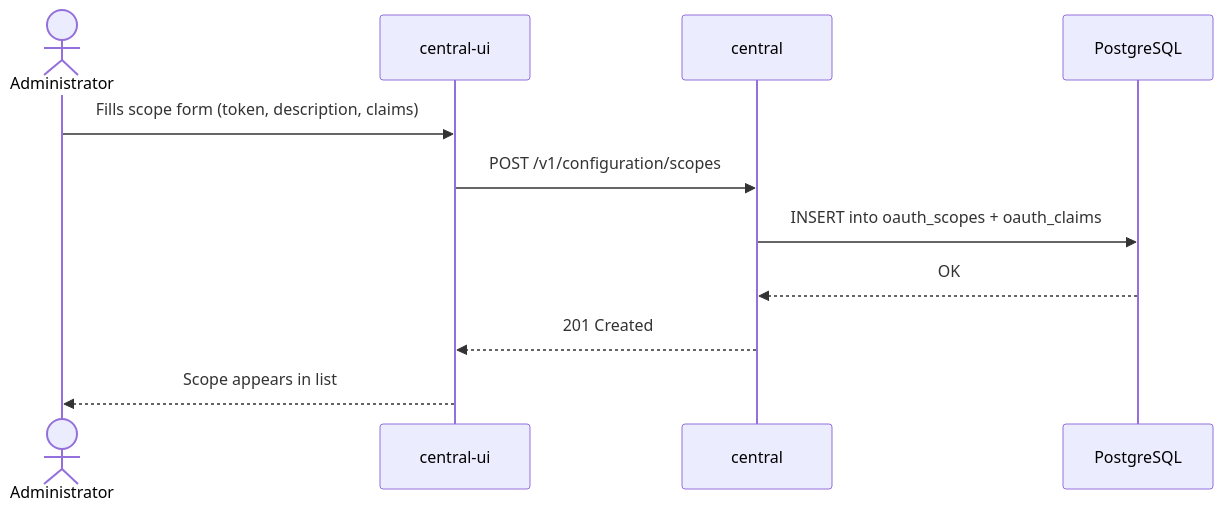
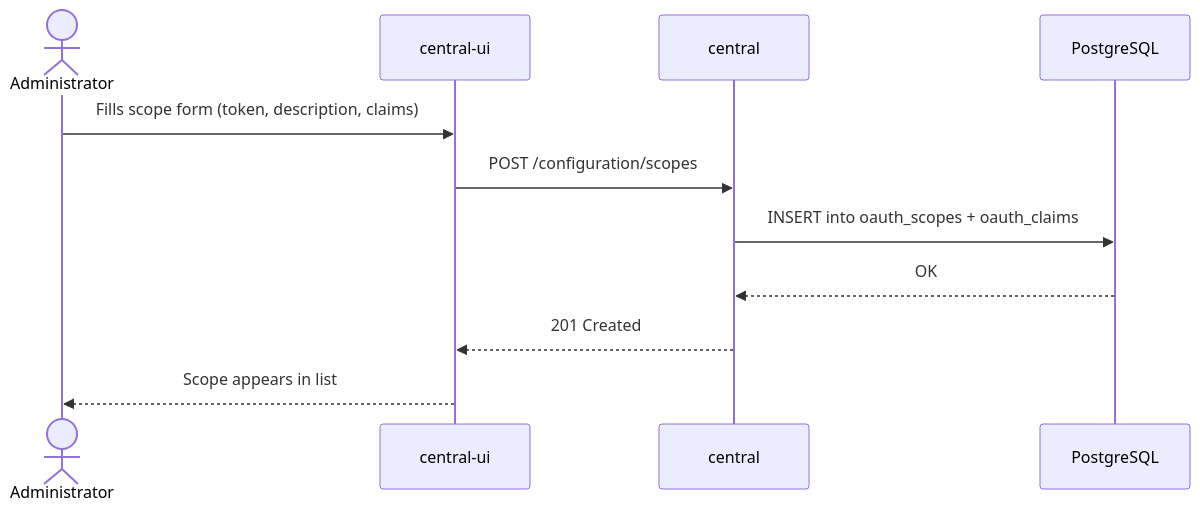
Before and after one commit to versolauth/versola: the seventh of 8 diagrams in adr/03_central_service.md, drawn with Mermaid. The commit also changed other lines of this file and 234 other files, not shown here.

````diff
--- a/adr/03_central_service.md
+++ b/adr/03_central_service.md
@@ -214,14 +214,14 @@
 ```mermaid
 sequenceDiagram
     actor Admin as Administrator
     participant UI as central-ui
     participant Central as central
     participant DB as PostgreSQL
 
     Admin->>UI: Fills scope form (token, description, claims)
-    UI->>Central: POST /v1/configuration/scopes
+    UI->>Central: POST /configuration/scopes
     Central->>DB: INSERT into oauth_scopes + oauth_claims
     DB-->>Central: OK
     Central-->>UI: 201 Created
     UI-->>Admin: Scope appears in list
 ```
````
